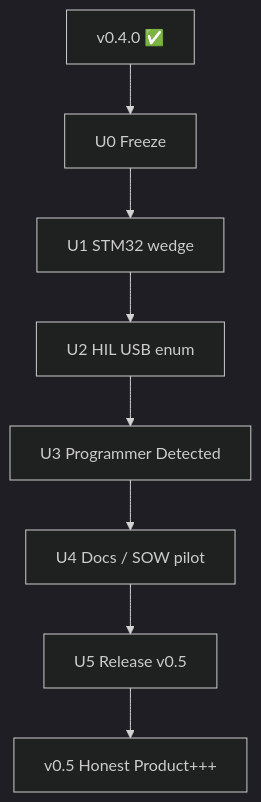
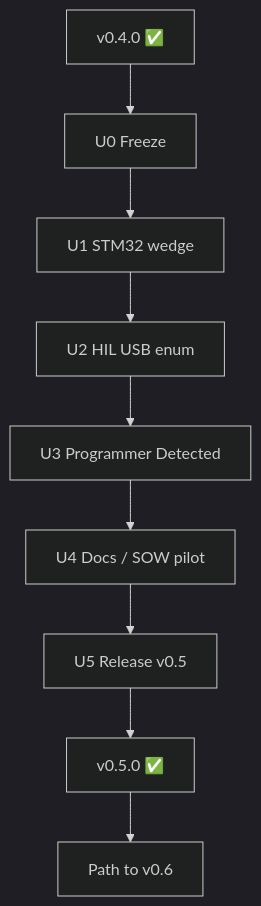
Before and after one commit to bmcc-DEV/B.A.S.E.: the diagram in base-vault/15 - Path to v0.5/15.00 - Index.md, drawn with Mermaid (dark theme). The commit also changed other lines of this file and 19 other files, not shown here.

````diff
--- a/base-vault/15 - Path to v0.5/15.00 - Index.md
+++ b/base-vault/15 - Path to v0.5/15.00 - Index.md
@@ -43,10 +44,11 @@
 ```mermaid
 flowchart TB
     V04[v0.4.0 ✅] --> U0[U0 Freeze]
     U0 --> U1[U1 STM32 wedge]
     U1 --> U2[U2 HIL USB enum]
     U2 --> U3[U3 Programmer Detected]
     U3 --> U4[U4 Docs / SOW pilot]
     U4 --> U5[U5 Release v0.5]
-    U5 --> V05[v0.5 Honest Product+++]
+    U5 --> V05[v0.5.0 ✅]
+    V05 --> V06[Path to v0.6]
 ```
````
